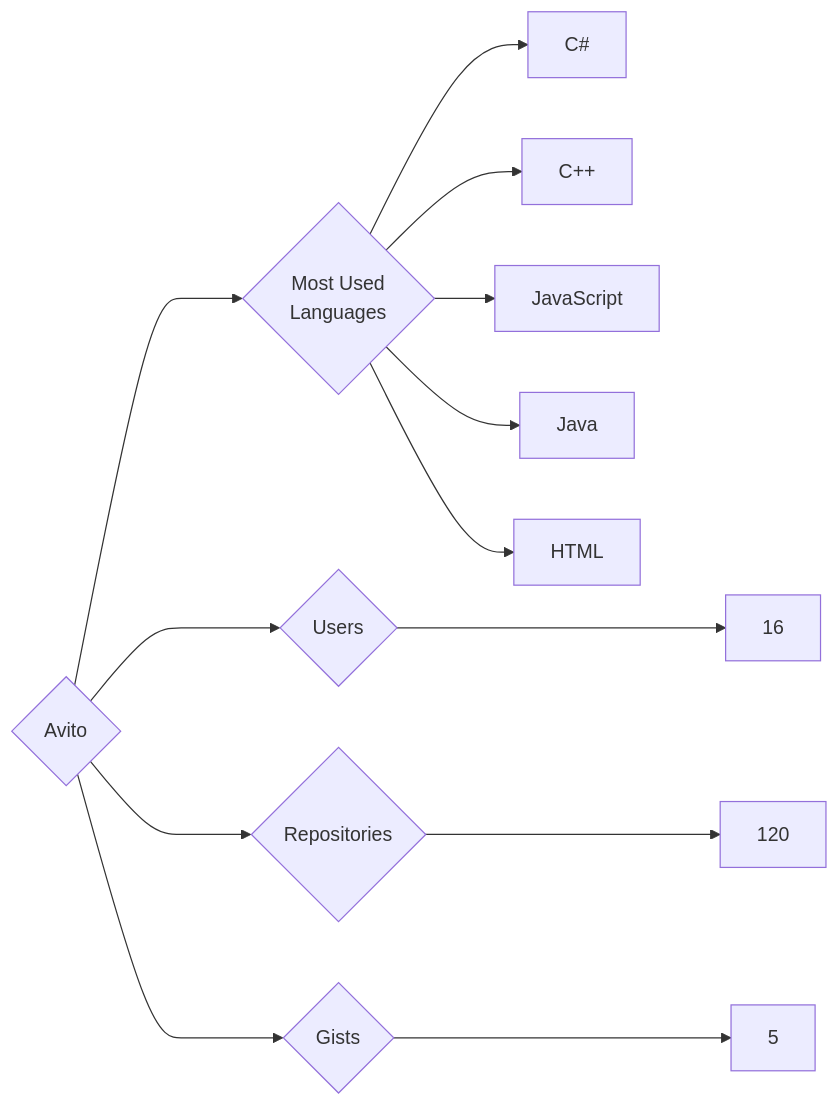
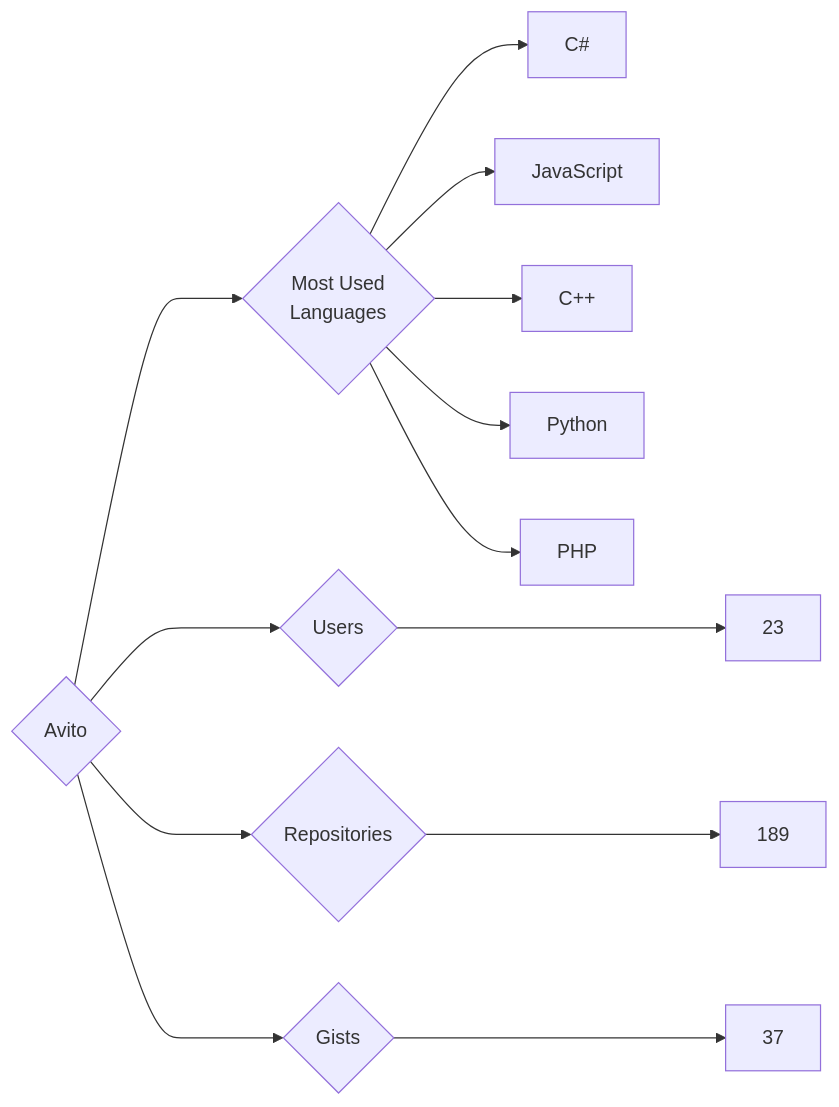
One commit to trickest/insiders changed the diagram in targets/Avito/README.md. Above: the diagram before and after it, drawn with Mermaid. The commit also changed 934 other files, not shown here.

````diff
--- a/targets/Avito/README.md
+++ b/targets/Avito/README.md
@@ -3,13 +3,13 @@
 ```mermaid
 graph LR
 COMPANY_NAME{Avito}
-COMPANY_NAME ---> U{Users} ---> UN[16]
-COMPANY_NAME ---> R{Repositories} ---> RN[120]
-COMPANY_NAME ---> G{Gists} ---> GN[5]
+COMPANY_NAME ---> U{Users} ---> UN[23]
+COMPANY_NAME ---> R{Repositories} ---> RN[189]
+COMPANY_NAME ---> G{Gists} ---> GN[37]
 COMPANY_NAME ---> ML{Most Used<br>Languages}
 ML --> C#[C#]
+ML --> JavaScript[JavaScript]
 ML --> C++[C++]
-ML --> JavaScript[JavaScript]
-ML --> Java[Java]
-ML --> HTML[HTML]
+ML --> Python[Python]
+ML --> PHP[PHP]
 ```
````
